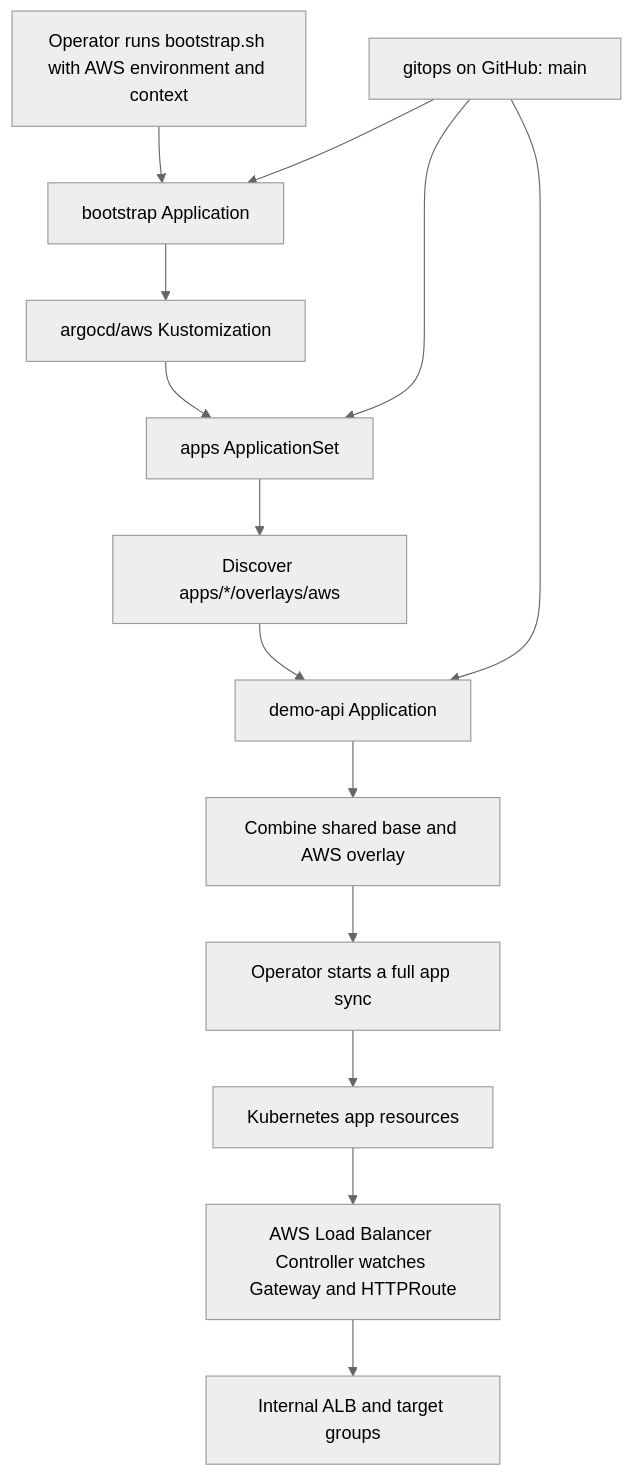
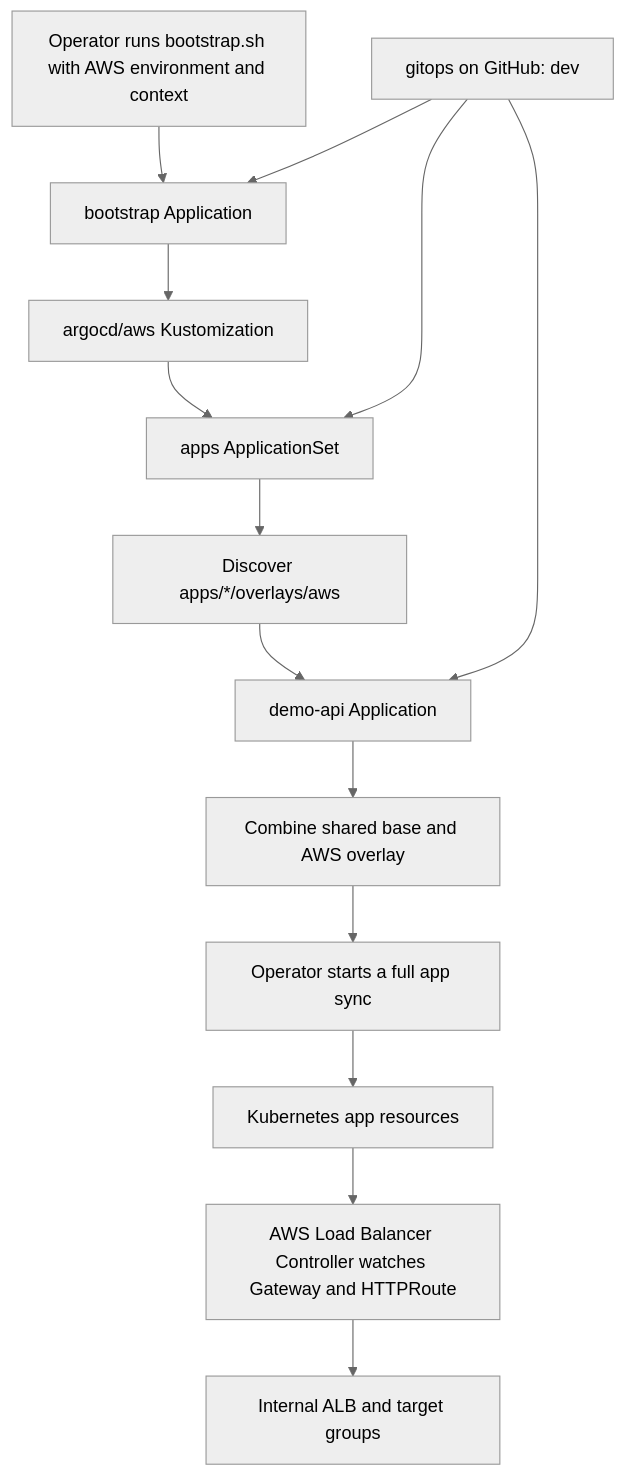
One commit to pquarg/gitops changed the first of 2 diagrams in docs/aws/architecture.md. Above: the diagram before and after it, drawn with Mermaid (neutral theme). The commit also changed other lines of this file and 39 other files, not shown here.

````diff
--- a/docs/aws/architecture.md
+++ b/docs/aws/architecture.md
@@ -34,16 +34,16 @@
 ```mermaid
 flowchart TD
     Operator[Operator runs bootstrap.sh with AWS environment and context] --> Bootstrap[bootstrap Application]
-    Git[gitops on GitHub: main] --> Bootstrap
+    Git[gitops on GitHub: dev] --> Bootstrap
     Bootstrap --> Registrations[argocd/aws Kustomization]
     Registrations --> AppSet[apps ApplicationSet]
     Git --> AppSet
     AppSet --> Discovery[Discover apps/*/overlays/aws]
     Discovery --> App[demo-api Application]
     Git --> App
     App --> Render[Combine shared base and AWS overlay]
     Render --> Sync[Operator starts a full app sync]
     Sync --> Resources[Kubernetes app resources]
     Resources --> Controller[AWS Load Balancer Controller watches Gateway and HTTPRoute]
     Controller --> ALB[Internal ALB and target groups]
 ```
````
